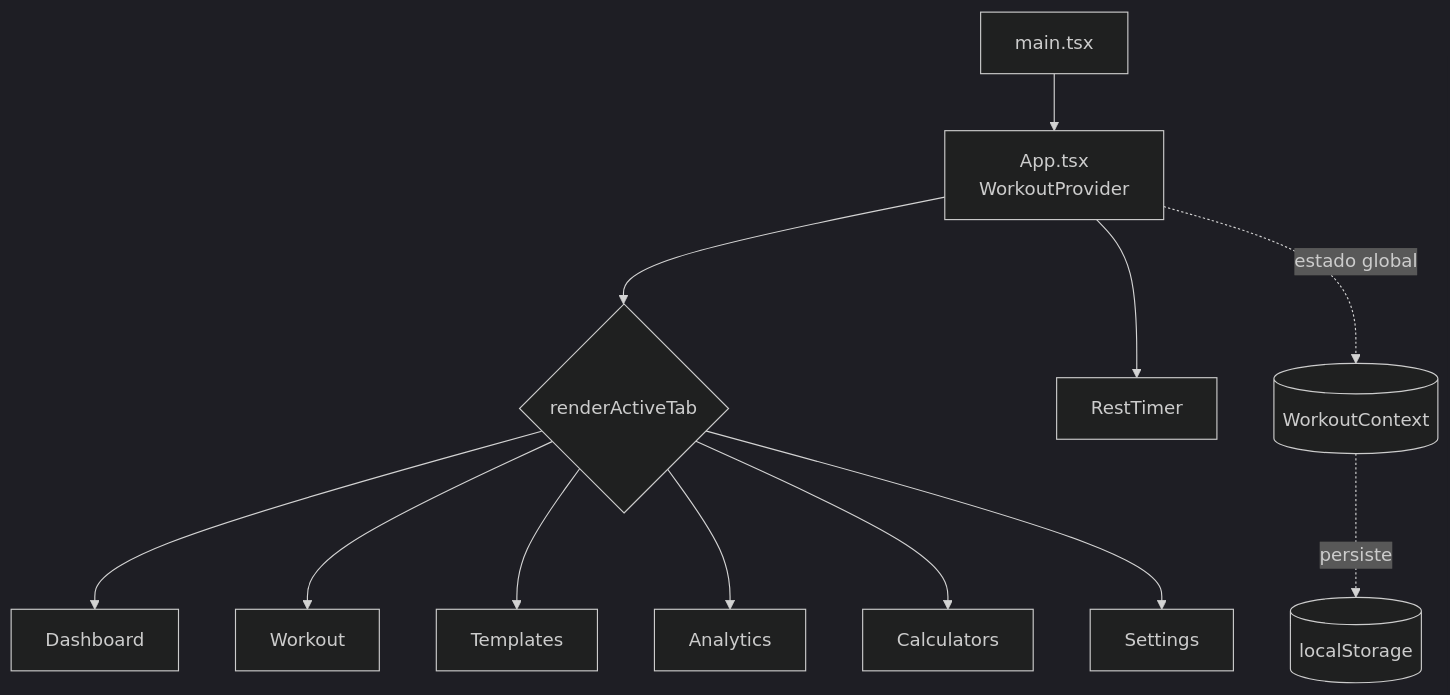
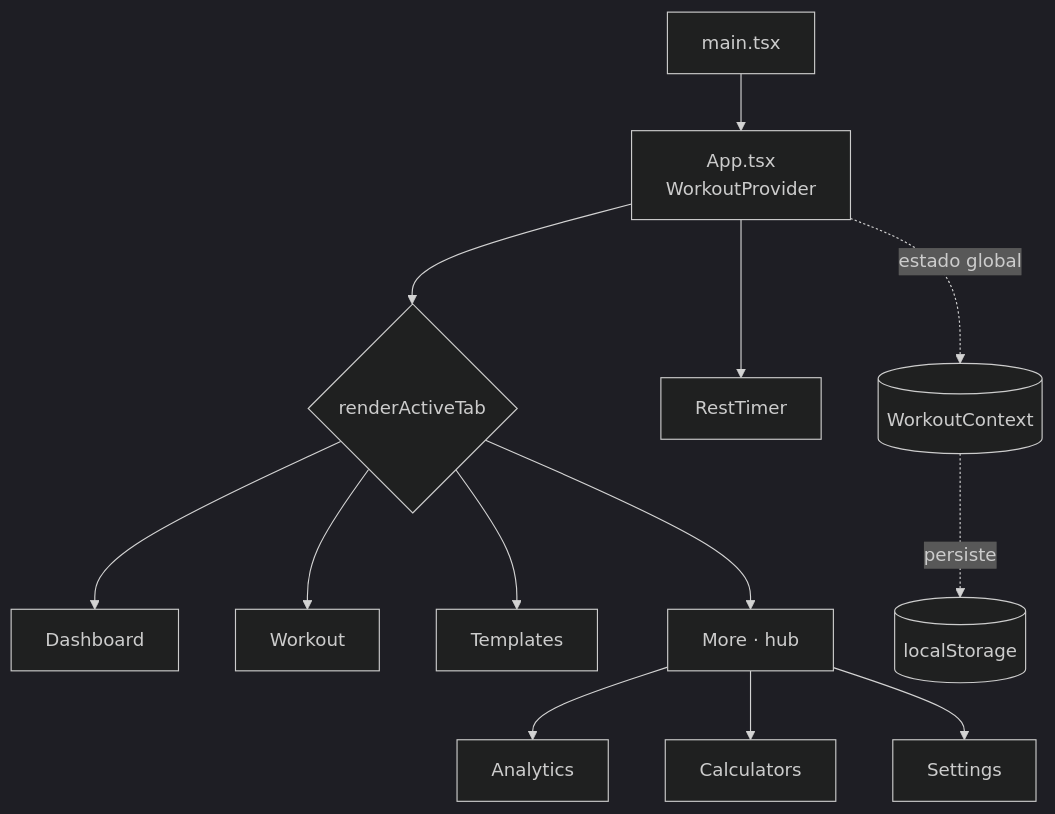
One commit to LeoCunhaLabz/powerlifting-app changed the diagram in README.md. Above: the diagram before and after it, drawn with Mermaid (dark theme). The commit also changed other lines of this file and 2 other files, not shown here.

````diff
--- a/README.md
+++ b/README.md
@@ -122,14 +123,15 @@
 ```mermaid
 flowchart TD
     A[main.tsx] --> B[App.tsx<br/>WorkoutProvider]
     B --> C{renderActiveTab}
     C --> D[Dashboard]
     C --> E[Workout]
     C --> F[Templates]
-    C --> G[Analytics]
-    C --> H[Calculators]
-    C --> I[Settings]
+    C --> M[More · hub]
+    M --> G[Analytics]
+    M --> H[Calculators]
+    M --> I[Settings]
     B --> J[RestTimer]
     B -. estado global .-> K[(WorkoutContext)]
     K -. persiste .-> L[(localStorage)]
 ```
````
